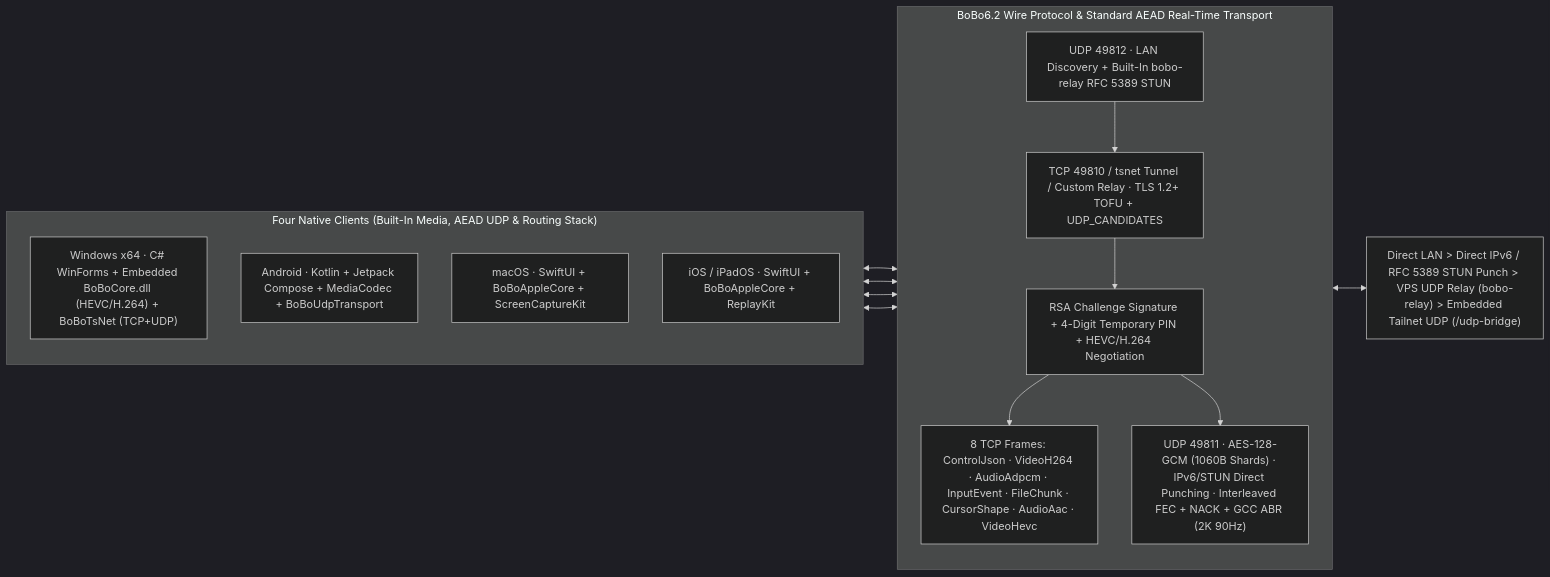
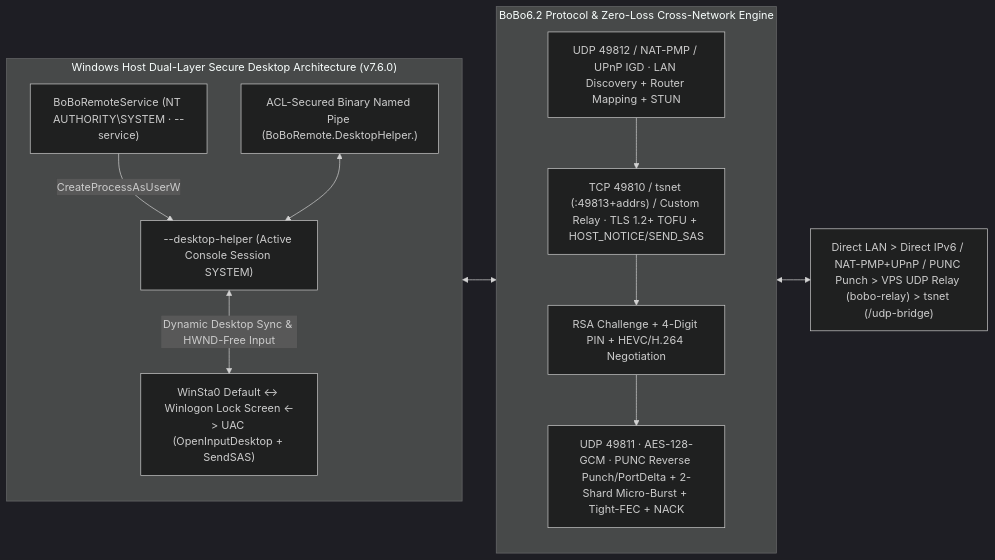
Before and after one commit to Gluxggg/BoBo-Remote: the diagram in README.en.md, drawn with Mermaid (dark theme). The commit also changed other lines of this file and 29 other files, not shown here.

Commit message:
feat: v7.6.0 SYSTEM Winlogon/UAC service control & cross-network zero-loss traversal

````diff
--- a/README.en.md
+++ b/README.en.md
@@ -115,29 +115,27 @@
 ```mermaid
 flowchart LR
-  subgraph CLIENTS["Four Native Clients (Built-In Media, AEAD UDP & Routing Stack)"]
+  subgraph WINHOST["Windows Host Dual-Layer Secure Desktop Architecture (v7.6.0)"]
     direction TB
-    WIN["Windows x64 · C# WinForms + Embedded BoBoCore.dll (HEVC/H.264) + BoBoTsNet (TCP+UDP)"]
-    AND["Android · Kotlin + Jetpack Compose + MediaCodec + BoBoUdpTransport"]
-    MAC["macOS · SwiftUI + BoBoAppleCore + ScreenCaptureKit"]
-    IOS["iOS / iPadOS · SwiftUI + BoBoAppleCore + ReplayKit"]
+    SVC["BoBoRemoteService (NT AUTHORITY\SYSTEM · --service)"]
+    HLP["--desktop-helper (Active Console Session SYSTEM)"]
+    DESK["WinSta0 Default <-> Winlogon Lock Screen <-> UAC (OpenInputDesktop + SendSAS)"]
+    PIPE["ACL-Secured Binary Named Pipe (BoBoRemote.DesktopHelper.<sid>)"]
+    SVC -->|CreateProcessAsUserW| HLP
+    HLP <-->|Dynamic Desktop Sync & HWND-Free Input| DESK
+    PIPE <--> HLP
   end
 
-  subgraph PROTO["BoBo6.2 Wire Protocol & Standard AEAD Real-Time Transport"]
+  subgraph PROTO["BoBo6.2 Protocol & Zero-Loss Cross-Network Engine"]
     direction TB
-    DISC["UDP 49812 · LAN Discovery + Built-In bobo-relay RFC 5389 STUN"]
-    TLS["TCP 49810 / tsnet Tunnel / Custom Relay · TLS 1.2+ TOFU + UDP_CANDIDATES"]
-    AUTH["RSA Challenge Signature + 4-Digit Temporary PIN + HEVC/H.264 Negotiation"]
-    FRAMES["8 TCP Frames: ControlJson · VideoH264 · AudioAdpcm · InputEvent · FileChunk · CursorShape · AudioAac · VideoHevc"]
-    UDP["UDP 49811 · AES-128-GCM (1060B Shards) · IPv6/STUN Direct Punching · Interleaved FEC + NACK + GCC ABR (2K 90Hz)"]
-    DISC --> TLS --> AUTH --> FRAMES
-    AUTH --> UDP
+    DISC["UDP 49812 / NAT-PMP / UPnP IGD · LAN Discovery + Router Mapping + STUN"]
+    TLS["TCP 49810 / tsnet (:49813+addrs) / Custom Relay · TLS 1.2+ TOFU + HOST_NOTICE/SEND_SAS"]
+    AUTH["RSA Challenge + 4-Digit PIN + HEVC/H.264 Negotiation"]
+    UDP["UDP 49811 · AES-128-GCM · PUNC Reverse Punch/PortDelta + 2-Shard Micro-Burst + Tight-FEC + NACK"]
+    DISC --> TLS --> AUTH --> UDP
   end
 
-  NET["Direct LAN > Direct IPv6 / RFC 5389 STUN Punch > VPS UDP Relay (bobo-relay) > Embedded Tailnet UDP (/udp-bridge)"]
+  NET["Direct LAN > Direct IPv6 / NAT-PMP+UPnP / PUNC Punch > VPS UDP Relay (bobo-relay) > tsnet (/udp-bridge)"]
 
-  WIN <--> PROTO
-  AND <--> PROTO
-  MAC <--> PROTO
-  IOS <--> PROTO
+  WINHOST <--> PROTO
   PROTO <--> NET
 ```
````
